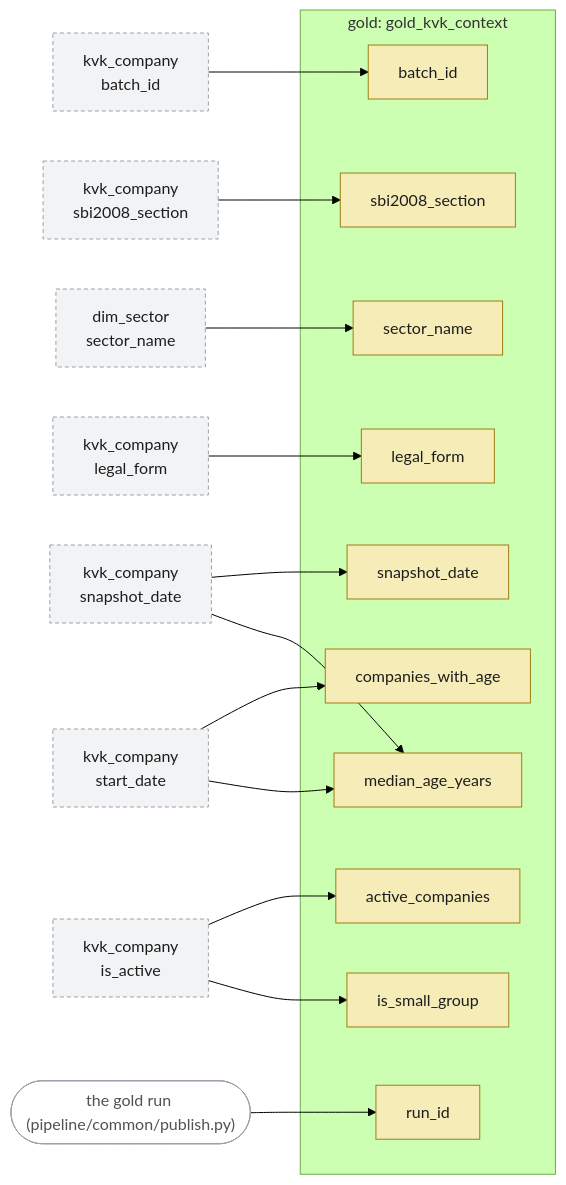
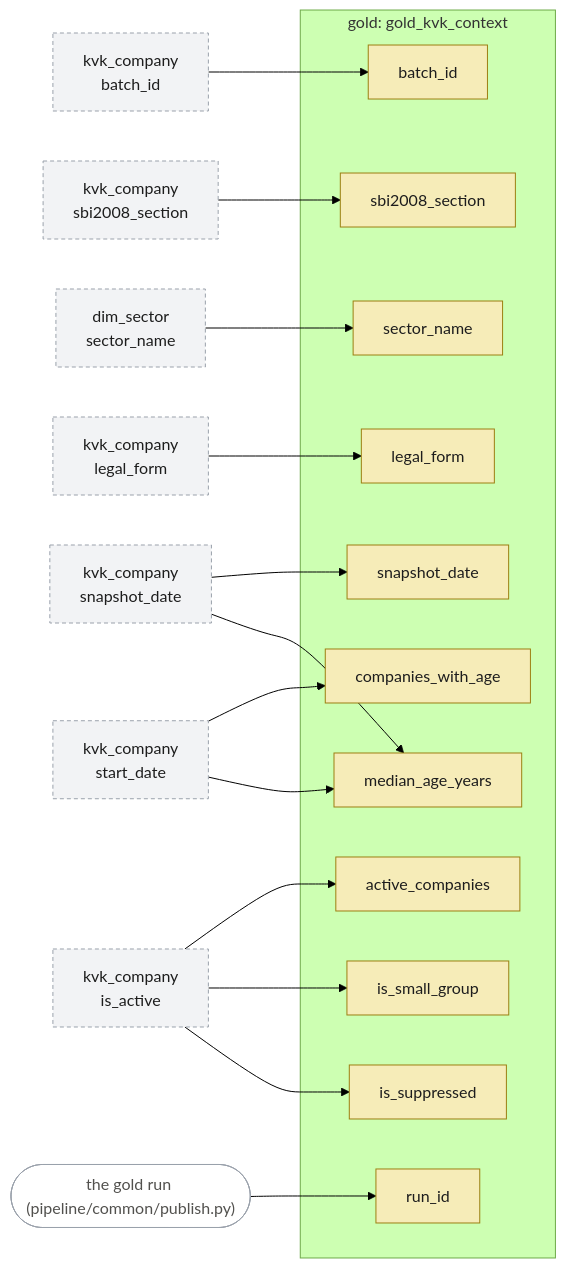
One commit to stefancodecommit/AOV_Lakehouse changed diagram 16 of 18 in docs/lineage.md. Above: the diagram before and after it, drawn with Mermaid (forest theme). The commit also changed other lines of this file and 23 other files, not shown here.

````diff
--- a/docs/lineage.md
+++ b/docs/lineage.md
@@ -1221,39 +1221,41 @@
 ```mermaid
 flowchart LR
   n_src_silver_dim_sector_sector_name["dim_sector<br/>sector_name"]:::silverref
   n_src_silver_kvk_company_batch_id["kvk_company<br/>batch_id"]:::silverref
   n_src_silver_kvk_company_is_active["kvk_company<br/>is_active"]:::silverref
   n_src_silver_kvk_company_legal_form["kvk_company<br/>legal_form"]:::silverref
   n_src_silver_kvk_company_sbi2008_section["kvk_company<br/>sbi2008_section"]:::silverref
   n_src_silver_kvk_company_snapshot_date["kvk_company<br/>snapshot_date"]:::silverref
   n_src_silver_kvk_company_start_date["kvk_company<br/>start_date"]:::silverref
   run(["the gold run (pipeline/common/publish.py)"]):::run
   subgraph n_tbl_gold_kvk_context["gold: gold_kvk_context"]
     n_col_snapshot_date["snapshot_date"]:::gold
     n_col_batch_id["batch_id"]:::gold
     n_col_sbi2008_section["sbi2008_section"]:::gold
     n_col_sector_name["sector_name"]:::gold
     n_col_legal_form["legal_form"]:::gold
     n_col_active_companies["active_companies"]:::gold
     n_col_companies_with_age["companies_with_age"]:::gold
     n_col_median_age_years["median_age_years"]:::gold
     n_col_is_small_group["is_small_group"]:::gold
+    n_col_is_suppressed["is_suppressed"]:::gold
     n_col_run_id["run_id"]:::gold
   end
   n_src_silver_kvk_company_snapshot_date --> n_col_snapshot_date
   n_src_silver_kvk_company_batch_id --> n_col_batch_id
   n_src_silver_kvk_company_sbi2008_section --> n_col_sbi2008_section
   n_src_silver_dim_sector_sector_name --> n_col_sector_name
   n_src_silver_kvk_company_legal_form --> n_col_legal_form
   n_src_silver_kvk_company_is_active --> n_col_active_companies
   n_src_silver_kvk_company_start_date --> n_col_companies_with_age
   n_src_silver_kvk_company_start_date --> n_col_median_age_years
   n_src_silver_kvk_company_snapshot_date --> n_col_median_age_years
   n_src_silver_kvk_company_is_active --> n_col_is_small_group
+  n_src_silver_kvk_company_is_active --> n_col_is_suppressed
   run --> n_col_run_id
   classDef bronze fill:#f3e3c9,stroke:#a8743a,color:#1d1d1d
   classDef silver fill:#e4e7ec,stroke:#6b7480,color:#1d1d1d
   classDef gold fill:#f6ecb8,stroke:#9c7f12,color:#1d1d1d
   classDef silverref fill:#f2f3f5,stroke:#9aa1ab,stroke-dasharray:4 3,color:#1d1d1d
   classDef run fill:#ffffff,stroke:#9aa1ab,color:#52514e
 ```
````
